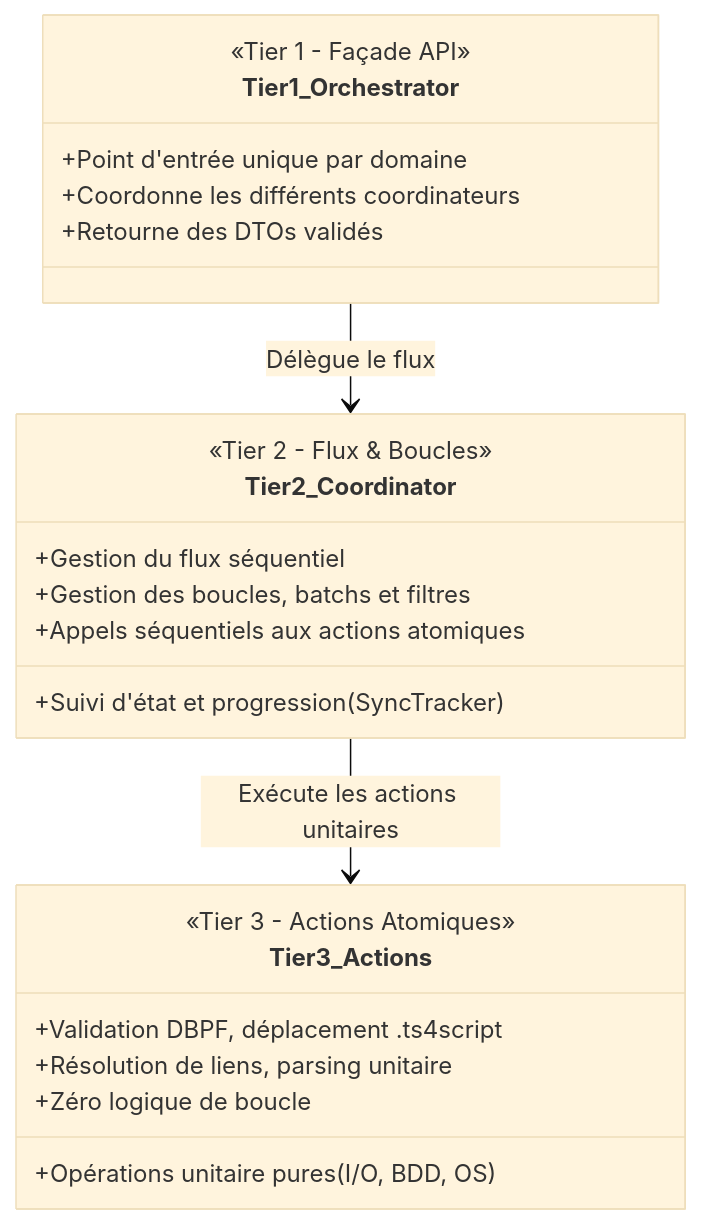
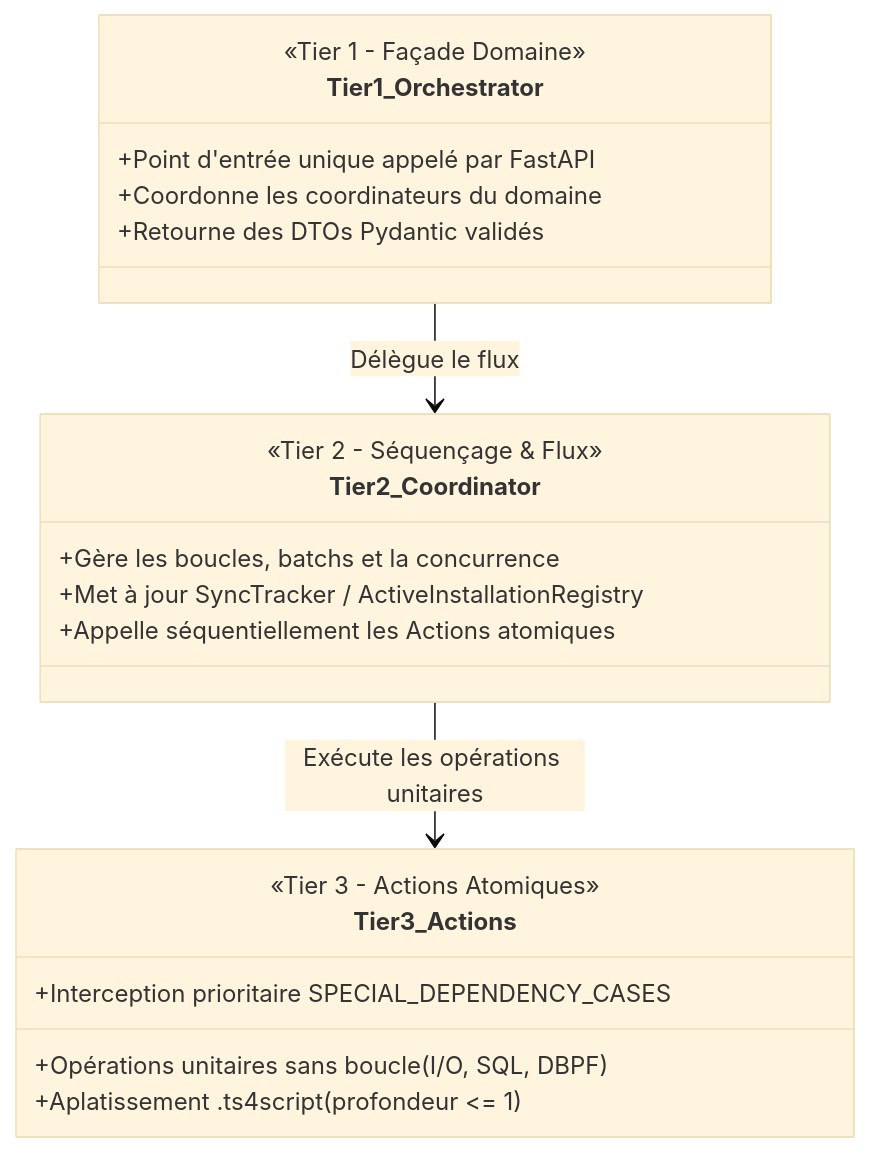
One commit to pleasurecreator610-boop/SIMS4-Mods-Manager changed the second of 2 diagrams in documentation/architecture.md. Above: the diagram before and after it, drawn with Mermaid (base theme). The commit also changed other lines of this file and 86 other files, not shown here.

````diff
--- a/documentation/architecture.md
+++ b/documentation/architecture.md
@@ -31,28 +100,23 @@
 ```mermaid
 classDiagram
     class Tier1_Orchestrator {
-        <<Tier 1 - Façade API>>
-        +Point d'entrée unique par domaine
-        +Coordonne les différents coordinateurs
-        +Retourne des DTOs validés
+        <<Tier 1 - Façade Domaine>>
+        +Point d'entrée unique appelé par FastAPI
+        +Coordonne les coordinateurs du domaine
+        +Retourne des DTOs Pydantic validés
     }
-
     class Tier2_Coordinator {
-        <<Tier 2 - Flux & Boucles>>
-        +Gestion du flux séquentiel
-        +Gestion des boucles, batchs et filtres
-        +Suivi d'état et progression (SyncTracker)
-        +Appels séquentiels aux actions atomiques
+        <<Tier 2 - Séquençage & Flux>>
+        +Gère les boucles, batchs et la concurrence
+        +Met à jour SyncTracker / ActiveInstallationRegistry
+        +Appelle séquentiellement les Actions atomiques
     }
-
     class Tier3_Actions {
         <<Tier 3 - Actions Atomiques>>
-        +Opérations unitaire pures (I/O, BDD, OS)
-        +Validation DBPF, déplacement .ts4script
-        +Résolution de liens, parsing unitaire
-        +Zéro logique de boucle
+        +Opérations unitaires sans boucle (I/O, SQL, DBPF)
+        +Interception prioritaire SPECIAL_DEPENDENCY_CASES
+        +Aplatissement .ts4script (profondeur <= 1)
     }
-
     Tier1_Orchestrator --> Tier2_Coordinator : Délègue le flux
-    Tier2_Coordinator --> Tier3_Actions : Exécute les actions unitaires
+    Tier2_Coordinator --> Tier3_Actions : Exécute les opérations unitaires
 ```
````
